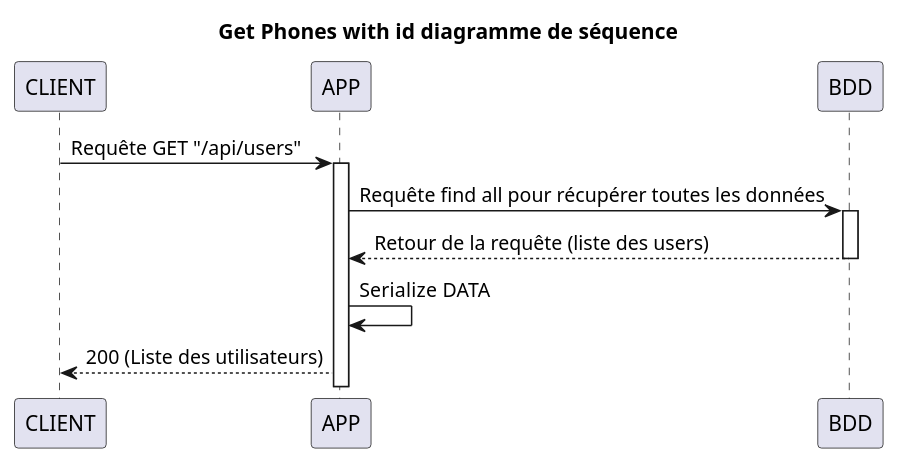
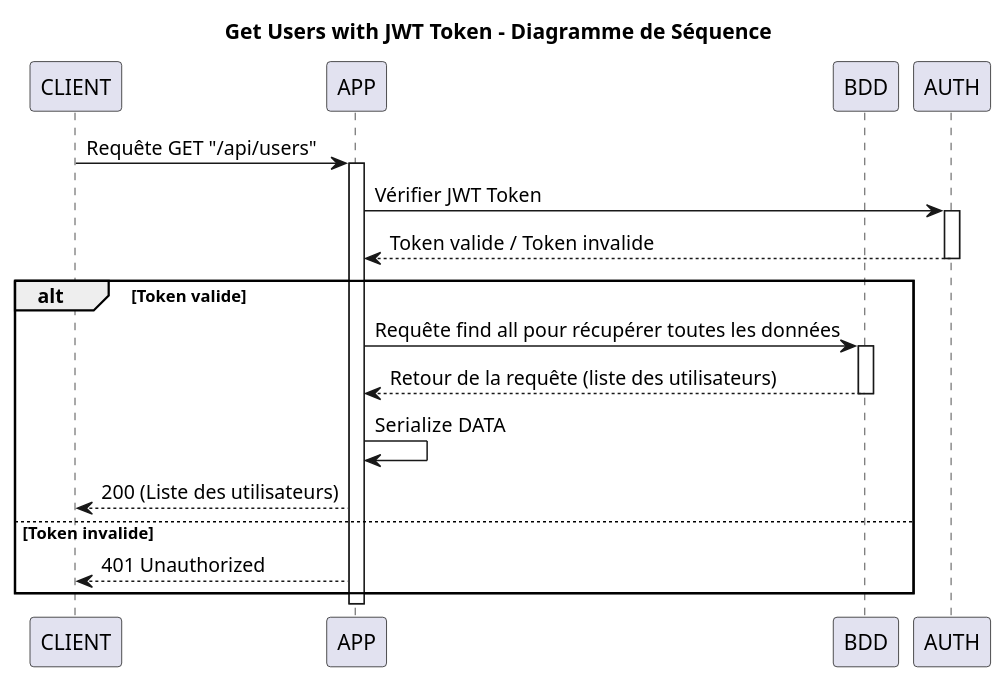
One commit to Waarrez/P7 changed the diagram in docs/Diagramme de séquence/GET Users.puml. Above: the diagram before and after it, drawn with PlantUML. The commit also changed 2 other files, not shown here.

```diff
--- a/docs/Diagramme de séquence/GET Users.puml
+++ b/docs/Diagramme de séquence/GET Users.puml
@@ -1,18 +1,31 @@
 @startuml
 
-title Get Phones with id diagramme de séquence
+title Get Users with JWT Token - Diagramme de Séquence
 
 participant CLIENT
 participant APP
 participant BDD
+participant AUTH
 
 CLIENT -> APP: Requête GET "/api/users"
 activate APP
-APP -> BDD  : Requête find all pour récupérer toutes les données
-activate BDD
-BDD --> APP : Retour de la requête (liste des users)
-deactivate BDD
-APP -> APP : Serialize DATA
-APP --> CLIENT : 200 (Liste des utilisateurs)
+
+APP -> AUTH : Vérifier JWT Token
+activate AUTH
+AUTH --> APP : Token valide / Token invalide
+deactivate AUTH
+
+alt Token valide
+    APP -> BDD  : Requête find all pour récupérer toutes les données
+    activate BDD
+    BDD --> APP : Retour de la requête (liste des utilisateurs)
+    deactivate BDD
+    APP -> APP : Serialize DATA
+    APP --> CLIENT : 200 (Liste des utilisateurs)
+else Token invalide
+    APP --> CLIENT : 401 Unauthorized
+end
+
+deactivate APP
 
 @enduml
```
